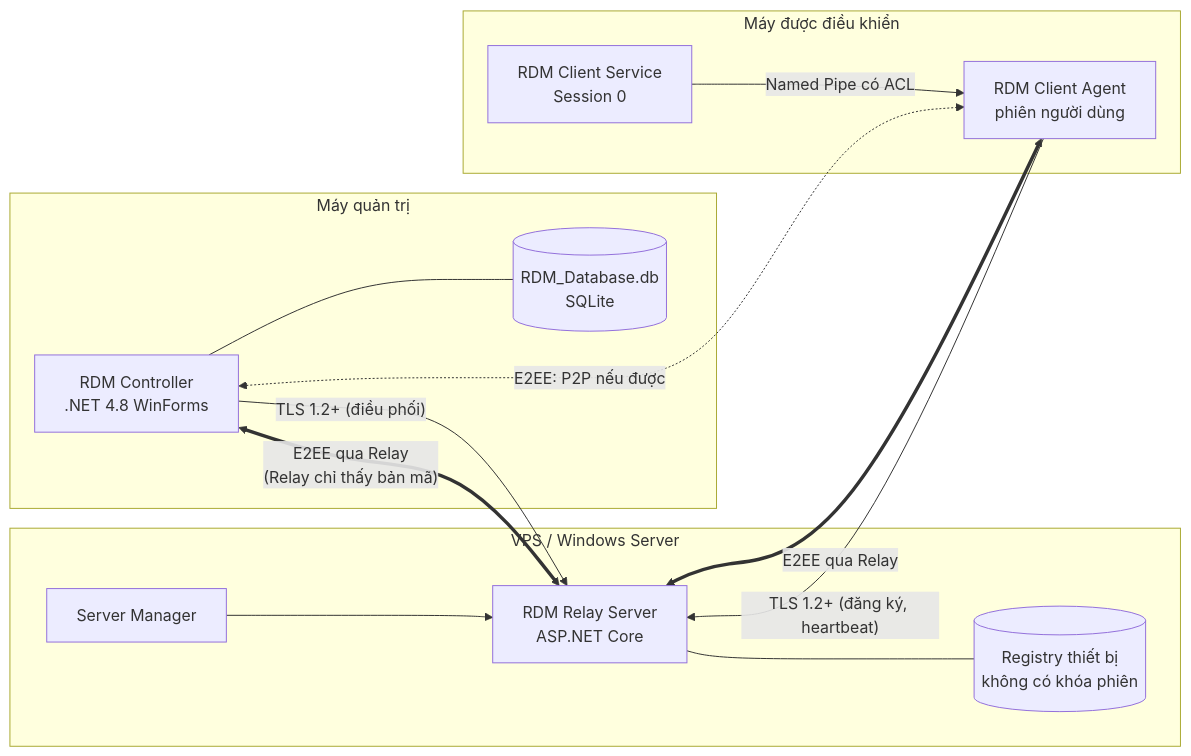
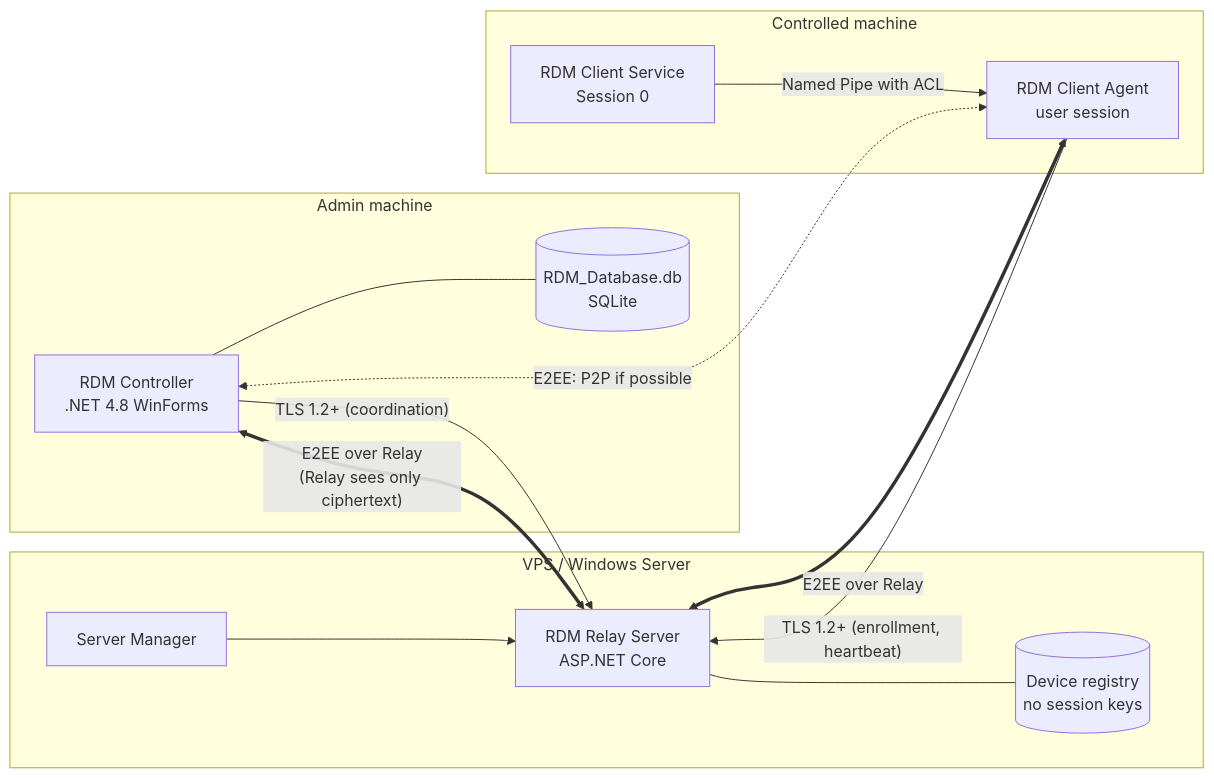
Before and after one commit to DungAnDuong/Remote-Destop-Manager: the first of 5 diagrams in docs/02-KienTruc.md, drawn with Mermaid. The commit also changed other lines of this file and 7 other files, not shown here.

````diff
--- a/docs/02-KienTruc.md
+++ b/docs/02-KienTruc.md
@@ -13,24 +13,24 @@
 ```mermaid
 flowchart LR
-  subgraph CTRL[Máy quản trị]
+  subgraph CTRL[Admin machine]
     C[RDM Controller<br/>.NET 4.8 WinForms]
     DB[(RDM_Database.db<br/>SQLite)]
     C --- DB
   end
   subgraph VPS[VPS / Windows Server]
     R[RDM Relay Server<br/>ASP.NET Core]
-    RDB[(Registry thiết bị<br/>không có khóa phiên)]
+    RDB[(Device registry<br/>no session keys)]
     R --- RDB
     M[Server Manager] --> R
   end
-  subgraph TARGET[Máy được điều khiển]
+  subgraph TARGET[Controlled machine]
     S[RDM Client Service<br/>Session 0]
-    A[RDM Client Agent<br/>phiên người dùng]
-    S -- Named Pipe có ACL --> A
+    A[RDM Client Agent<br/>user session]
+    S -- Named Pipe with ACL --> A
   end
-  C -- "TLS 1.2+ (điều phối)" --> R
-  A -- "TLS 1.2+ (đăng ký, heartbeat)" --> R
-  C <-. "E2EE: P2P nếu được" .-> A
-  C <== "E2EE qua Relay<br/>(Relay chỉ thấy bản mã)" ==> R
-  R <== "E2EE qua Relay" ==> A
+  C -- "TLS 1.2+ (coordination)" --> R
+  A -- "TLS 1.2+ (enrollment, heartbeat)" --> R
+  C <-. "E2EE: P2P if possible" .-> A
+  C <== "E2EE over Relay<br/>(Relay sees only ciphertext)" ==> R
+  R <== "E2EE over Relay" ==> A
 ```
````
